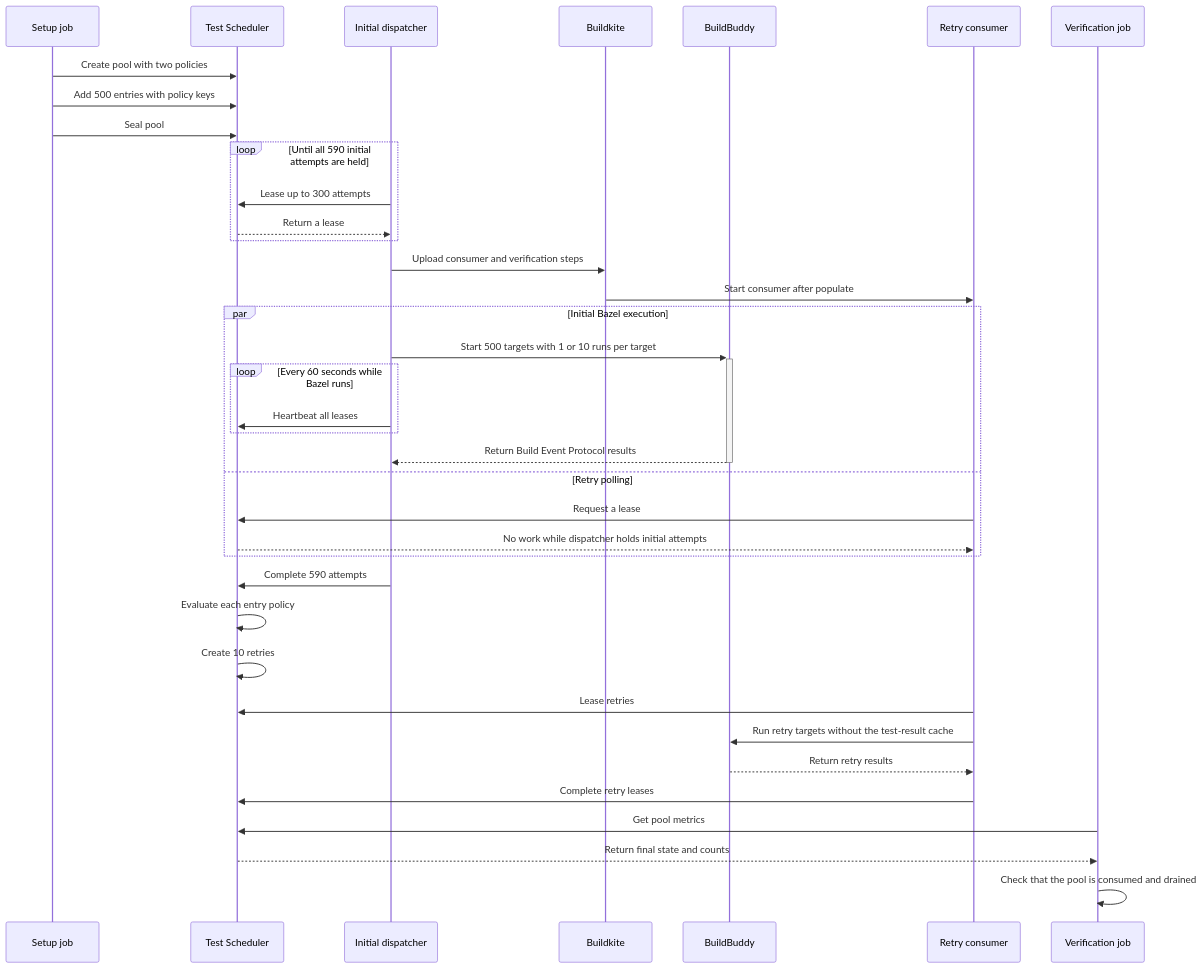
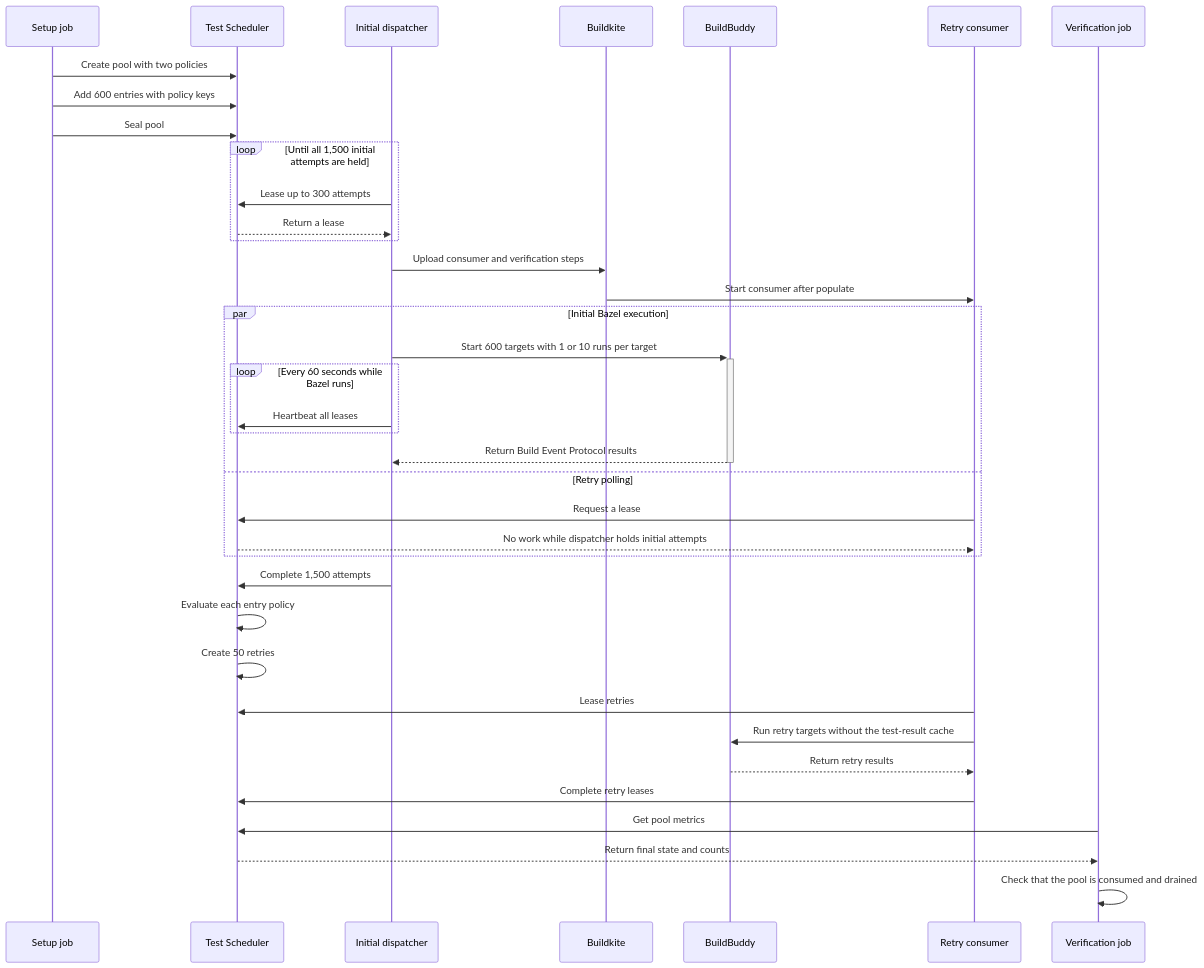
The second of 2 diagrams in README.md (catkins/test-scheduler-bazel-demo), drawn with Mermaid before and after one commit. The commit also changed other lines of this file and 6 other files, not shown here.

````diff
--- a/README.md
+++ b/README.md
@@ -167,44 +167,44 @@
 ```mermaid
 sequenceDiagram
     participant S as Setup job
     participant TS as Test Scheduler
     participant D as Initial dispatcher
     participant BK as Buildkite
     participant BB as BuildBuddy
     participant R as Retry consumer
     participant V as Verification job
 
     S->>TS: Create pool with two policies
-    S->>TS: Add 500 entries with policy keys
+    S->>TS: Add 600 entries with policy keys
     S->>TS: Seal pool
 
-    loop Until all 590 initial attempts are held
+    loop Until all 1,500 initial attempts are held
         D->>TS: Lease up to 300 attempts
         TS-->>D: Return a lease
     end
     D->>BK: Upload consumer and verification steps
     BK->>R: Start consumer after populate
     par Initial Bazel execution
-        D->>+BB: Start 500 targets with 1 or 10 runs per target
+        D->>+BB: Start 600 targets with 1 or 10 runs per target
         loop Every 60 seconds while Bazel runs
             D->>TS: Heartbeat all leases
         end
         BB-->>-D: Return Build Event Protocol results
     and Retry polling
         R->>TS: Request a lease
         TS-->>R: No work while dispatcher holds initial attempts
     end
-    D->>TS: Complete 590 attempts
+    D->>TS: Complete 1,500 attempts
 
     TS->>TS: Evaluate each entry policy
-    TS->>TS: Create 10 retries
+    TS->>TS: Create 50 retries
 
     R->>TS: Lease retries
     R->>BB: Run retry targets without the test-result cache
     BB-->>R: Return retry results
     R->>TS: Complete retry leases
 
     V->>TS: Get pool metrics
     TS-->>V: Return final state and counts
     V->>V: Check that the pool is consumed and drained
 ```
````
